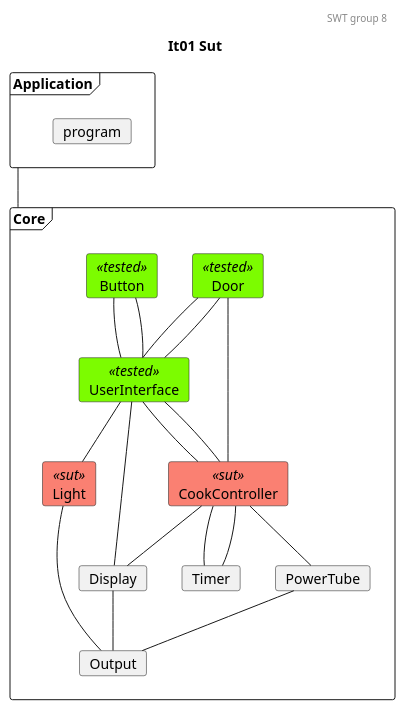
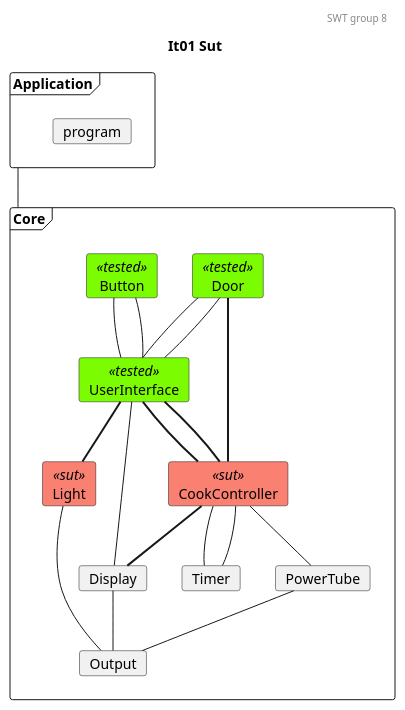
Before and after one commit to mikkel-ol/I4SWT-MicrowaveOven: the diagram in docs/SysTestTree2.plantuml, drawn with PlantUML. The commit also changed 3 other files, not shown here.

```diff
--- a/docs/SysTestTree2.plantuml
+++ b/docs/SysTestTree2.plantuml
@@ -1,77 +1,78 @@
 @startuml
 
 'Testing colors:
 skinparam card{
     backgroundColor<<tested>> lawngreen
     backgroundColor<<sut>> salmon
     backgroundColor<<test>> salmon
     backgroundColor<<fake>> gold
 }
 
 header SWT group 8
 title It01 Sut
 
 frame Application{
     card program
 }
 
 frame Core{
 '0.
     card Door<<tested>>
     card Button<<tested>>
 
 '1.
     card UserInterface<<tested>>
 
 '2.
     card CookController<<sut>>
     card Light<<sut>>
 
 '3.
     card Timer
     card PowerTube
     card Display
 
 '4 
     card Output
 
 
 }
 Application -- Core
 
 'Relations projects
 ' 0. to 1.
 Door -- UserInterface
 Door -- UserInterface
 
 Button -- UserInterface
 Button -- UserInterface
 
 
 'Relations CookController:
 '1.
-UserInterface -- CookController
-UserInterface -- CookController
-'1. to 2.
-Door - CookController
+UserInterface -[thickness=2]- CookController
+UserInterface -[thickness=2]- CookController
+
+'1. to 3.
+Door -[thickness=2]- CookController
 
 
 CookController -- PowerTube
 
 '1. to 2.
 UserInterface -- Display
-UserInterface -- Light
-CookController -- Display
+UserInterface -[thickness=2]- Light
+CookController -[thickness=2]- Display
 
 CookController -- Timer
 CookController -- Timer 
 
 
 ' Relations 2. to 3.
 Light -- Output
 Display -- Output
 PowerTube -- Output
 
 
 
 @enduml
```
